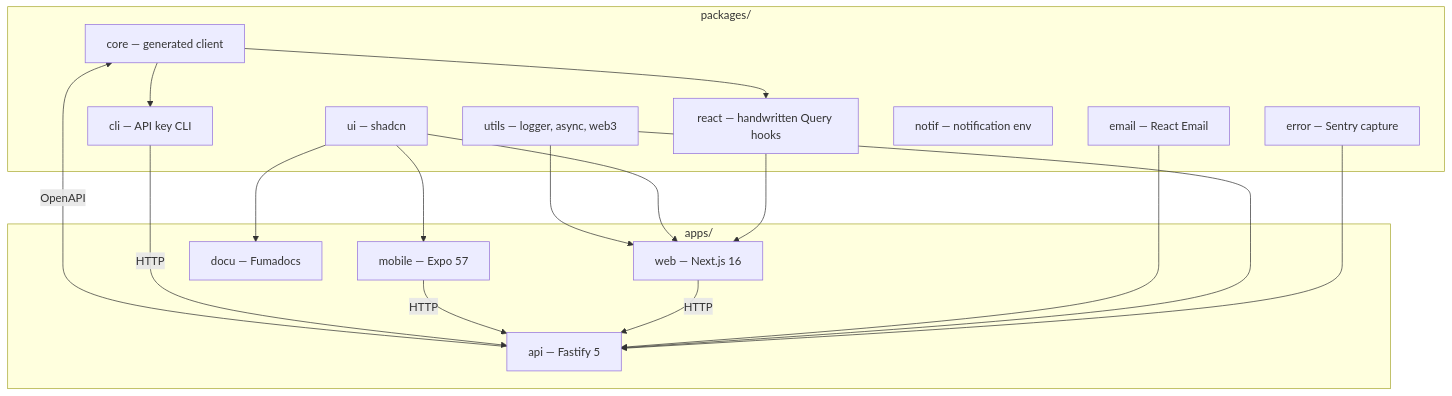
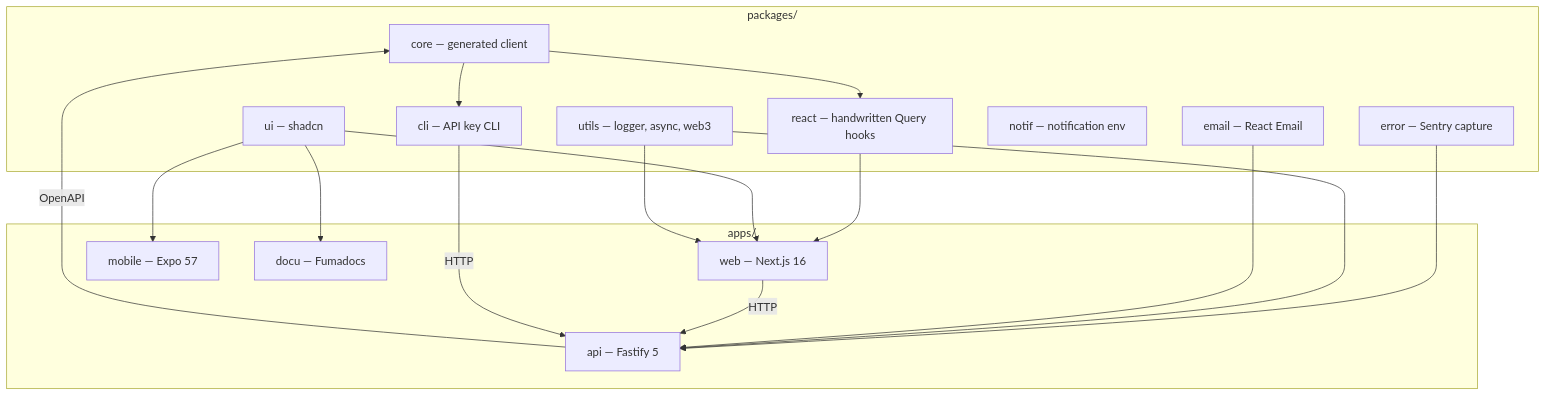
One commit to blockmatic/basilic changed the diagram in apps/docu/content/docs/architecture/monorepo.mdx. Above: the diagram before and after it, drawn with Mermaid. The commit also changed 27 other files, not shown here.

````diff
--- a/apps/docu/content/docs/architecture/monorepo.mdx
+++ b/apps/docu/content/docs/architecture/monorepo.mdx
@@ -8,35 +8,34 @@
 ```mermaid
 flowchart TB
   subgraph Packages["packages/"]
     Core["core — generated client"]
     React["react — handwritten Query hooks"]
     UI["ui — shadcn"]
     Error["error — Sentry capture"]
     Utils["utils — logger, async, web3"]
     Email["email — React Email"]
     Notif["notif — notification env"]
     Cli["cli — API key CLI"]
   end
 
   subgraph Apps["apps/"]
     API["api — Fastify 5"]
     Web["web — Next.js 16"]
     Mobile["mobile — Expo 57"]
     Docu["docu — Fumadocs"]
   end
 
   API -->|OpenAPI| Core
   Core --> React
   Core --> Cli
   React --> Web
   UI --> Web
   UI --> Mobile
   UI --> Docu
   Error --> API
   Utils --> API
   Utils --> Web
   Email --> API
   Web -->|HTTP| API
-  Mobile -->|HTTP| API
   Cli -->|HTTP| API
 ```
````
